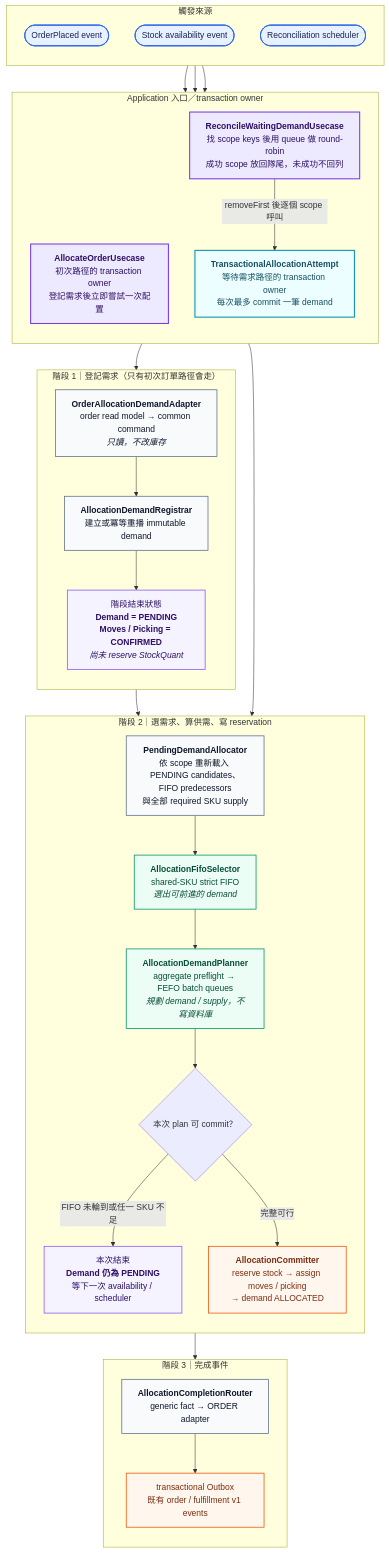
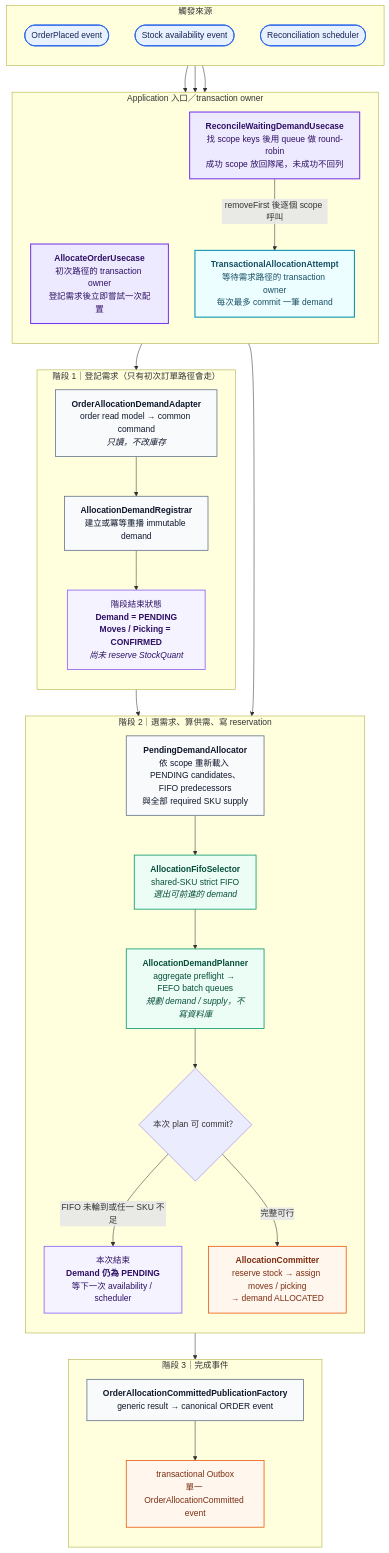
The diagram in docs/diagrams/allocation-order-activity.mmd (zhjiangexe/order-allocation-arch-demo), drawn with Mermaid before and after one commit. The commit also changed 10 other files, not shown here.

Commit message:
docs: align fulfillment event architecture

```diff
--- a/docs/diagrams/allocation-order-activity.mmd
+++ b/docs/diagrams/allocation-order-activity.mmd
@@ -1,67 +1,67 @@
 flowchart TB
     subgraph TRIGGERS["觸發來源"]
       direction TB
       ORDER_EVENT([OrderPlaced event])
       STOCK_EVENT([Stock availability event])
       SCHEDULER([Reconciliation scheduler])
     end
 
     subgraph ENTRIES["Application 入口／transaction owner"]
       direction TB
       ORDER_UC["<b>AllocateOrderUsecase</b><br/>初次路徑的 transaction owner<br/>登記需求後立即嘗試一次配置"]
       WAITING_TX["<b>TransactionalAllocationAttempt</b><br/>等待需求路徑的 transaction owner<br/>每次最多 commit 一筆 demand"]
       RECONCILE_UC["<b>ReconcileWaitingDemandUsecase</b><br/>找 scope keys 後用 queue 做 round-robin<br/>成功 scope 放回隊尾，未成功不回列"]
     end
 
     subgraph REGISTRATION["階段 1｜登記需求（只有初次訂單路徑會走）"]
       direction TB
       ADAPTER["<b>OrderAllocationDemandAdapter</b><br/>order read model → common command<br/><i>只讀，不改庫存</i>"]
       REGISTRAR["<b>AllocationDemandRegistrar</b><br/>建立或冪等重播 immutable demand"]
       REGISTERED_STATE["階段結束狀態<br/><b>Demand = PENDING</b><br/><b>Moves / Picking = CONFIRMED</b><br/><i>尚未 reserve StockQuant</i>"]
     end
 
     subgraph ATTEMPT["階段 2｜選需求、算供需、寫 reservation"]
       direction TB
       COORDINATOR["<b>PendingDemandAllocator</b><br/>依 scope 重新載入 PENDING candidates、FIFO predecessors<br/>與全部 required SKU supply"]
       FIFO["<b>AllocationFifoSelector</b><br/>shared-SKU strict FIFO<br/><i>選出可前進的 demand</i>"]
       PLANNER["<b>AllocationDemandPlanner</b><br/>aggregate preflight → FEFO batch queues<br/><i>規劃 demand / supply，不寫資料庫</i>"]
       DECISION{"本次 plan 可 commit？"}
       WAITING_STATE["本次結束<br/><b>Demand 仍為 PENDING</b><br/>等下一次 availability / scheduler"]
       COMMITTER["<b>AllocationCommitter</b><br/>reserve stock → assign moves / picking<br/>→ demand ALLOCATED"]
     end
 
     subgraph COMPLETION["階段 3｜完成事件"]
       direction TB
-      ROUTER["<b>AllocationCompletionRouter</b><br/>generic fact → ORDER adapter"]
-      OUTBOX["transactional Outbox<br/>既有 order / fulfillment v1 events"]
+      PUBLICATION["<b>OrderAllocationCommittedPublicationFactory</b><br/>generic result → canonical ORDER event"]
+      OUTBOX["transactional Outbox<br/>單一 OrderAllocationCommitted event"]
     end
 
     ORDER_EVENT --> ORDER_UC
     ORDER_UC --> ADAPTER --> REGISTRAR --> REGISTERED_STATE
     REGISTERED_STATE --> COORDINATOR
 
     STOCK_EVENT --> WAITING_TX
     SCHEDULER --> RECONCILE_UC
     RECONCILE_UC -- "removeFirst 後逐個 scope 呼叫" --> WAITING_TX
     WAITING_TX --> COORDINATOR
 
     COORDINATOR --> FIFO --> PLANNER --> DECISION
     DECISION -- "FIFO 未輪到或任一 SKU 不足" --> WAITING_STATE
     DECISION -- "完整可行" --> COMMITTER
-    COMMITTER --> ROUTER --> OUTBOX
+    COMMITTER --> PUBLICATION --> OUTBOX
 
     classDef trigger fill:#e8f1ff,stroke:#2563eb,color:#172554,stroke-width:1.5px;
     classDef usecase fill:#ede9fe,stroke:#7c3aed,color:#2e1065,stroke-width:2px;
     classDef transaction fill:#ecfeff,stroke:#0891b2,color:#164e63,stroke-width:2px;
     classDef adapter fill:#f8fafc,stroke:#64748b,color:#0f172a,stroke-width:1.5px;
     classDef domain fill:#ecfdf5,stroke:#059669,color:#064e3b,stroke-width:1.5px;
     classDef state fill:#f5f3ff,stroke:#8b5cf6,color:#2e1065,stroke-width:1.5px;
     classDef write fill:#fff7ed,stroke:#ea580c,color:#7c2d12,stroke-width:1.5px;
 
     class ORDER_EVENT,STOCK_EVENT,SCHEDULER trigger;
     class ORDER_UC,RECONCILE_UC usecase;
     class WAITING_TX transaction;
-    class ADAPTER,REGISTRAR,COORDINATOR,ROUTER adapter;
+    class ADAPTER,REGISTRAR,COORDINATOR,PUBLICATION adapter;
     class FIFO,PLANNER domain;
     class REGISTERED_STATE,WAITING_STATE state;
     class COMMITTER,OUTBOX write;
```
